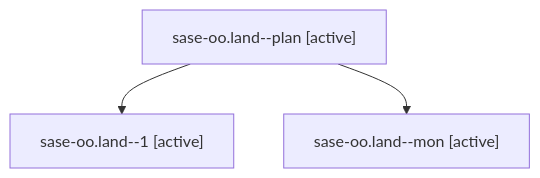
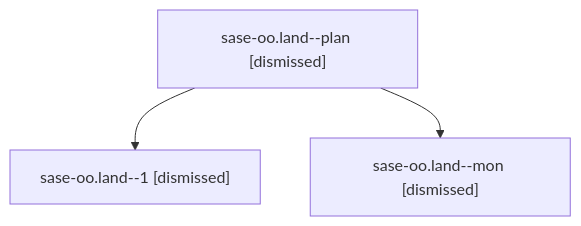
The diagram in sessions/bbugyi200.athena.sase-oo.land.md (sase-org/sase--agents), drawn with Mermaid before and after one commit. The commit also changed other lines of this file and 120 other files, not shown here.

````diff
--- a/sessions/bbugyi200.athena.sase-oo.land.md
+++ b/sessions/bbugyi200.athena.sase-oo.land.md
@@ -9,8 +9,8 @@
 ```mermaid
 flowchart TD
-  n0["sase-oo.land--plan [active]"]
-  n1["sase-oo.land--1 [active]"]
+  n0["sase-oo.land--plan [dismissed]"]
+  n1["sase-oo.land--1 [dismissed]"]
   n0 --> n1
-  n2["sase-oo.land--mon [active]"]
+  n2["sase-oo.land--mon [dismissed]"]
   n0 --> n2
 ```
````
